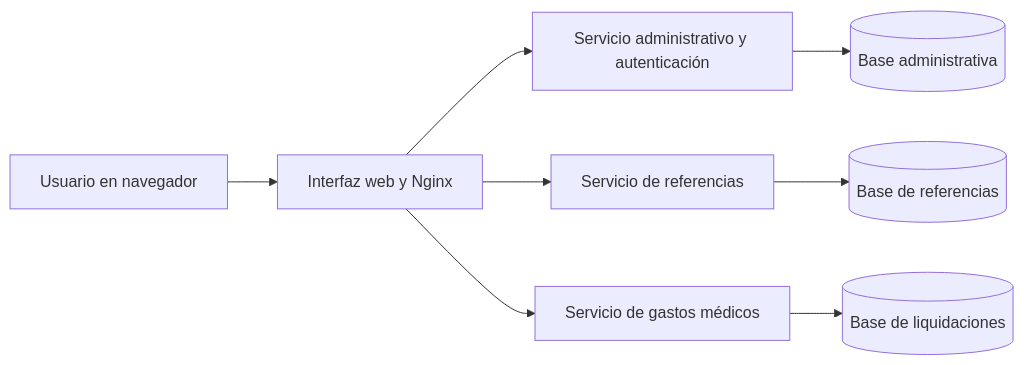
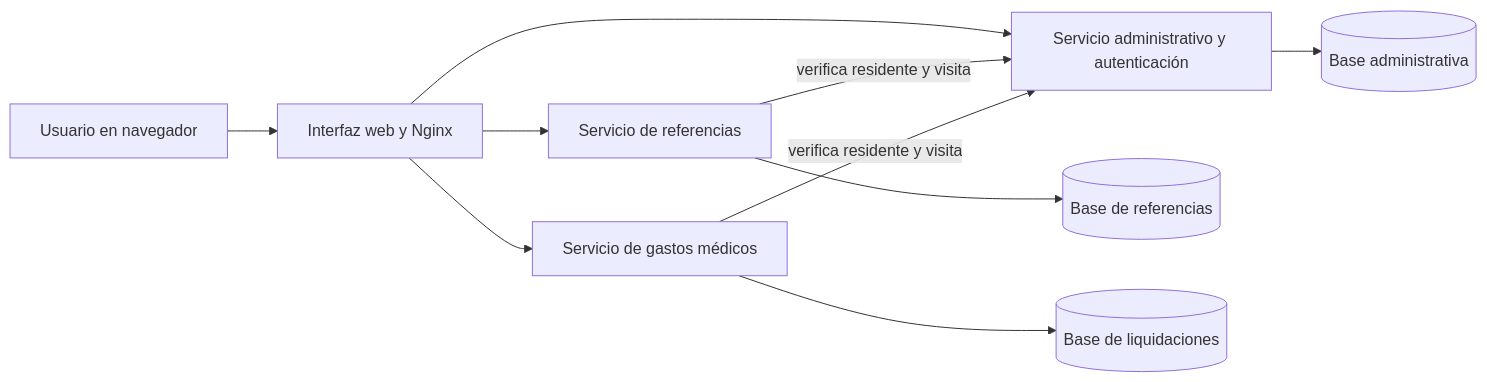
Before and after one commit to ReadyPancake420/asilo-cabeza-de-algodon: the first of 2 diagrams in docs/ARQUITECTURA_Y_DATOS.md, drawn with Mermaid. The commit also changed other lines of this file and 16 other files, not shown here.

````diff
--- a/docs/ARQUITECTURA_Y_DATOS.md
+++ b/docs/ARQUITECTURA_Y_DATOS.md
@@ -5,10 +5,12 @@
 ```mermaid
 flowchart LR
   U[Usuario en navegador] --> UI[Interfaz web y Nginx]
   UI --> A[Servicio administrativo y autenticación]
   UI --> R[Servicio de referencias]
   UI --> G[Servicio de gastos médicos]
   A --> AD[(Base administrativa)]
   R --> RD[(Base de referencias)]
   G --> GD[(Base de liquidaciones)]
+  R -->|verifica residente y visita| A
+  G -->|verifica residente y visita| A
 ```
````
